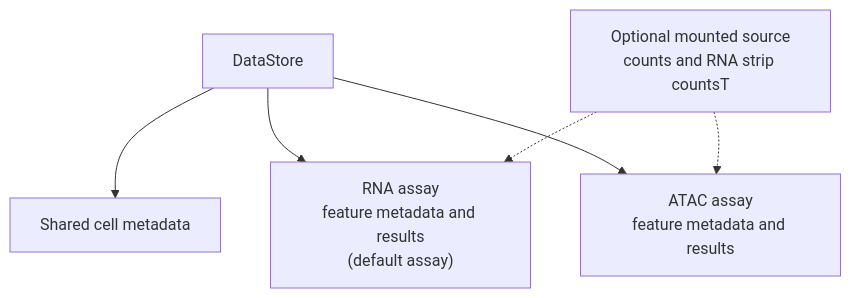
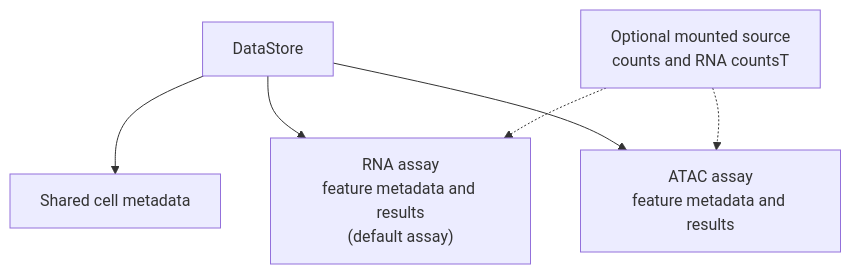
The diagram in docs/source/tutorials/data_organization.md (NygenAnalytics/scarf), drawn with Mermaid before and after one commit. The commit also changed other lines of this file and 71 other files, not shown here.

````diff
--- a/docs/source/tutorials/data_organization.md
+++ b/docs/source/tutorials/data_organization.md
@@ -41,13 +41,13 @@
 ```{mermaid}
 flowchart TB
     ds["DataStore"]
     cells["Shared cell metadata"]
     rna["RNA assay<br/>feature metadata and results<br/>(default assay)"]
     atac["ATAC assay<br/>feature metadata and results"]
-    source["Optional mounted source<br/>counts and RNA strip countsT"]
+    source["Optional mounted source<br/>counts and RNA countsT"]
     ds --> cells
     ds --> rna
     ds --> atac
     source -.-> rna
     source -.-> atac
 ```
````
